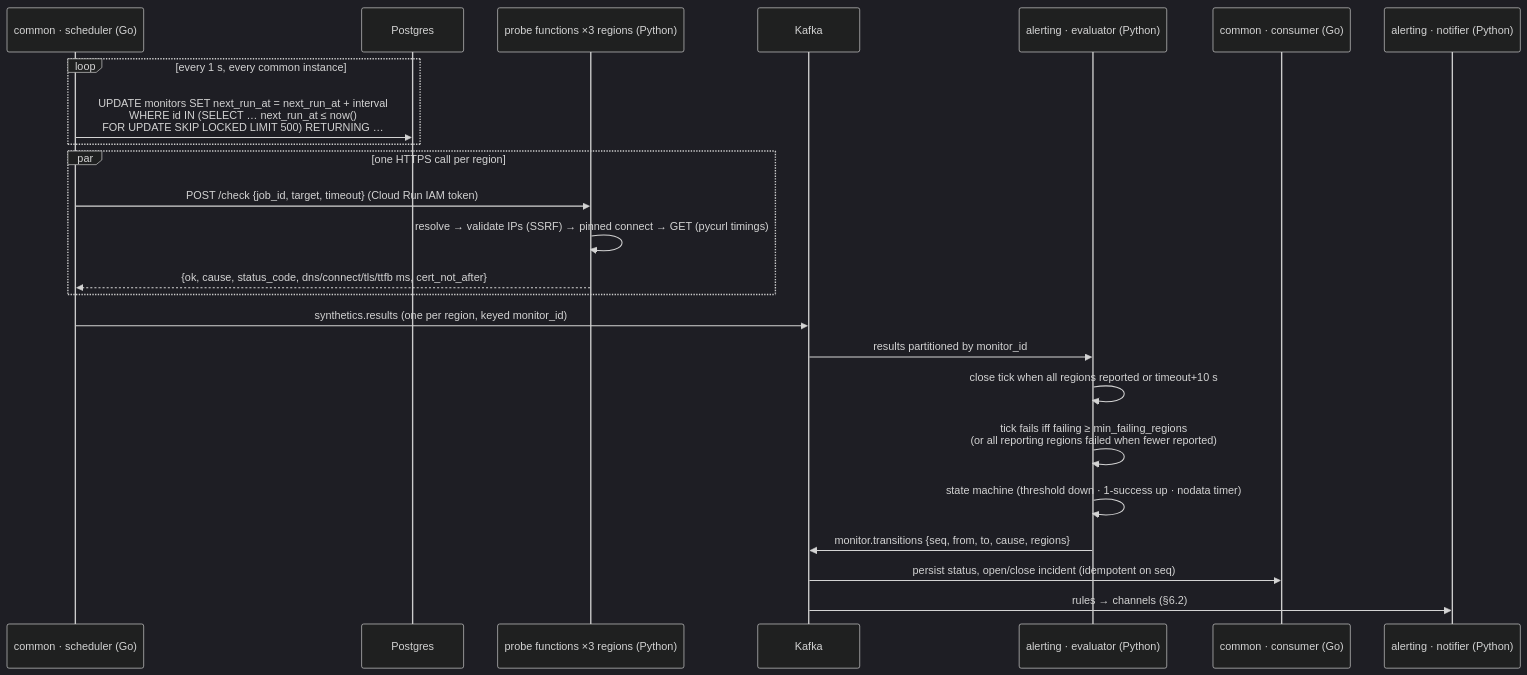
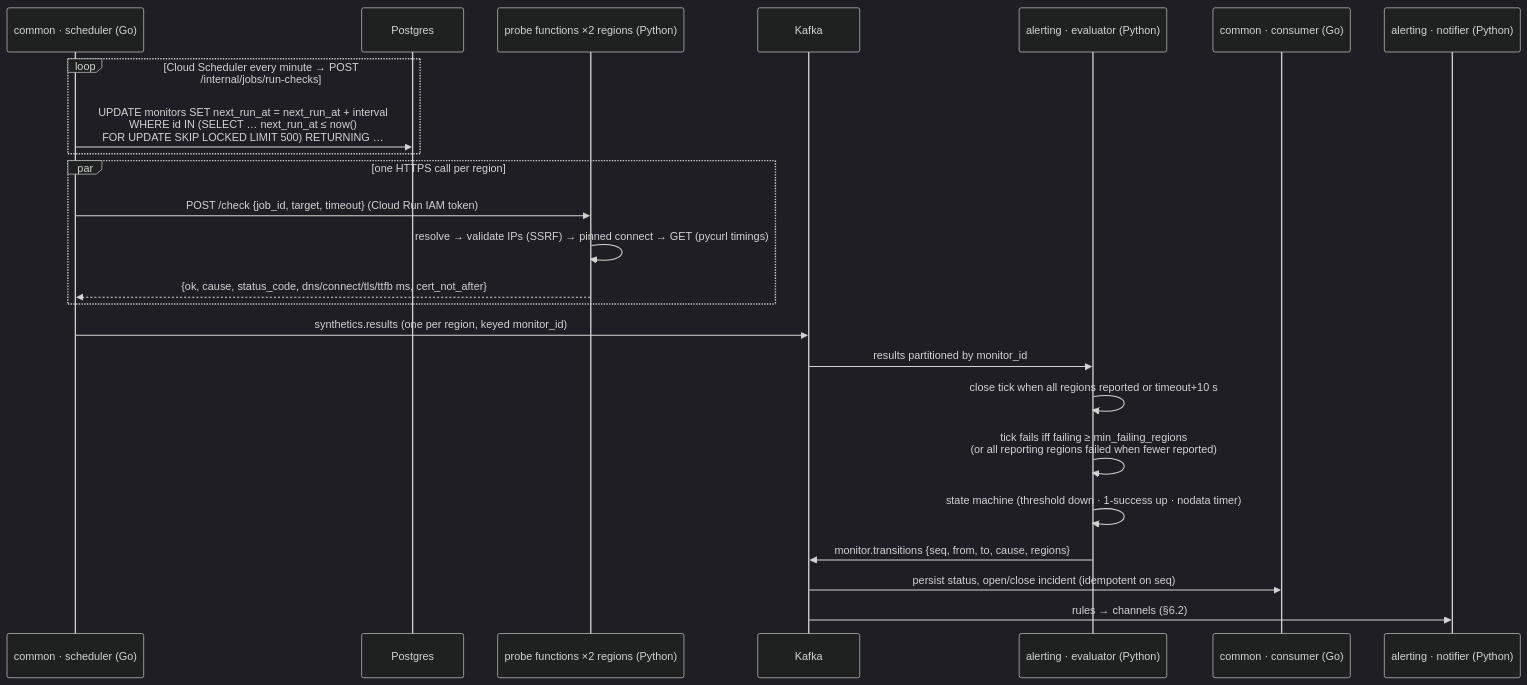
One commit to cuesoftinc/upstat changed the third of 4 diagrams in docs/system-design.md. Above: the diagram before and after it, drawn with Mermaid (dark theme). The commit also changed other lines of this file and 22 other files, not shown here.

First line of the commit message:
feat: add scheduler-invoked internal jobs route with OIDC guard (#279)

````diff
--- a/docs/system-design.md
+++ b/docs/system-design.md
@@ -386,27 +381,27 @@
 ```mermaid
 sequenceDiagram
     participant S as common · scheduler (Go)
     participant PG as Postgres
-    participant P as probe functions ×3 regions (Python)
+    participant P as probe functions ×2 regions (Python)
     participant K as Kafka
     participant E as alerting · evaluator (Python)
     participant C as common · consumer (Go)
     participant N as alerting · notifier (Python)
 
-    loop every 1 s, every common instance
+    loop Cloud Scheduler every minute → POST /internal/jobs/run-checks
         S->>PG: UPDATE monitors SET next_run_at = next_run_at + interval<br/>WHERE id IN (SELECT … next_run_at ≤ now()<br/>FOR UPDATE SKIP LOCKED LIMIT 500) RETURNING …
     end
     par one HTTPS call per region
         S->>P: POST /check {job_id, target, timeout} (Cloud Run IAM token)
         P->>P: resolve → validate IPs (SSRF) → pinned connect → GET (pycurl timings)
         P-->>S: {ok, cause, status_code, dns/connect/tls/ttfb ms, cert_not_after}
     end
     S->>K: synthetics.results (one per region, keyed monitor_id)
     K->>E: results partitioned by monitor_id
     E->>E: close tick when all regions reported or timeout+10 s
     E->>E: tick fails iff failing ≥ min_failing_regions<br/>(or all reporting regions failed when fewer reported)
     E->>E: state machine (threshold down · 1-success up · nodata timer)
     E->>K: monitor.transitions {seq, from, to, cause, regions}
     K->>C: persist status, open/close incident (idempotent on seq)
     K->>N: rules → channels (§6.2)
 ```
````
